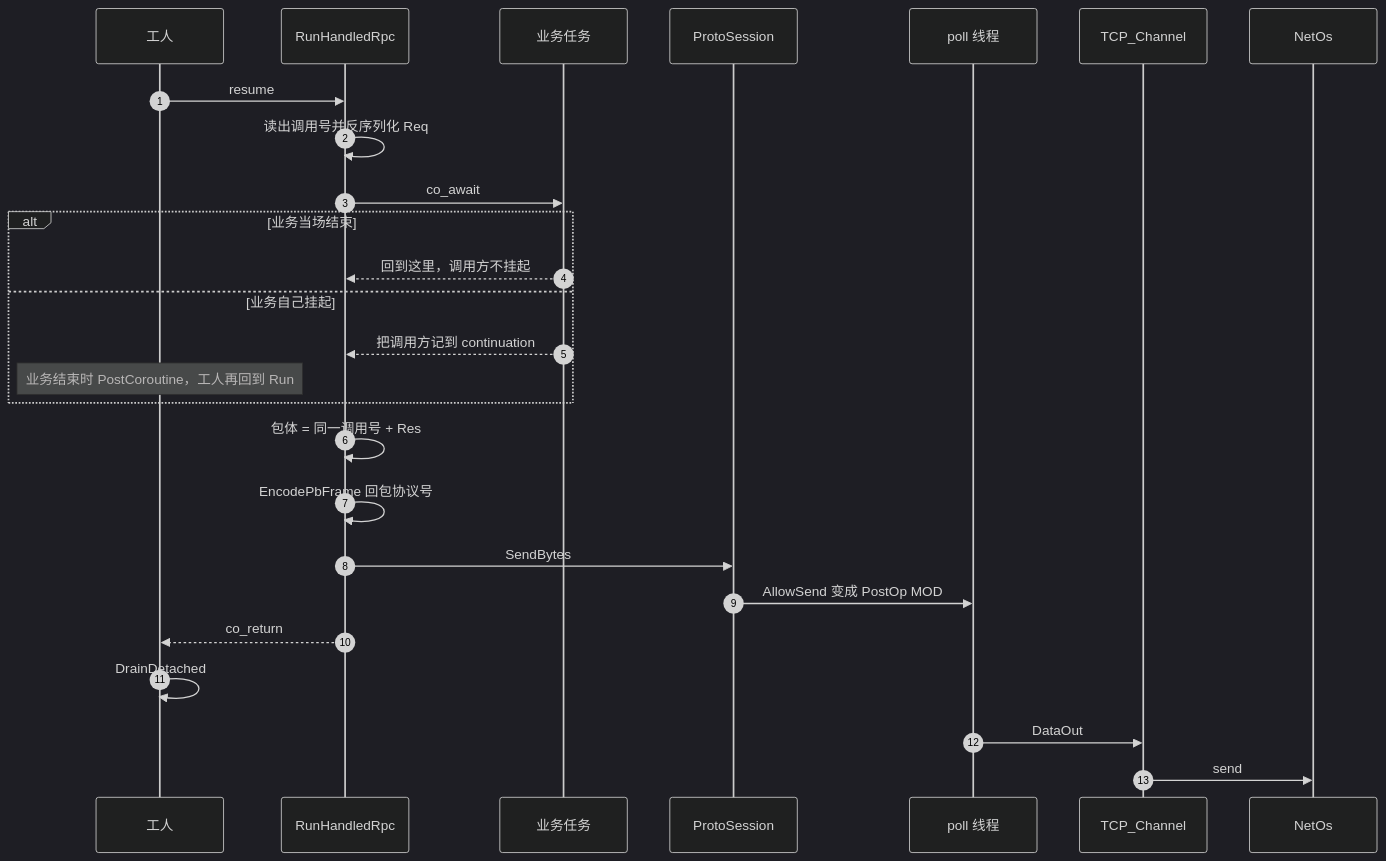
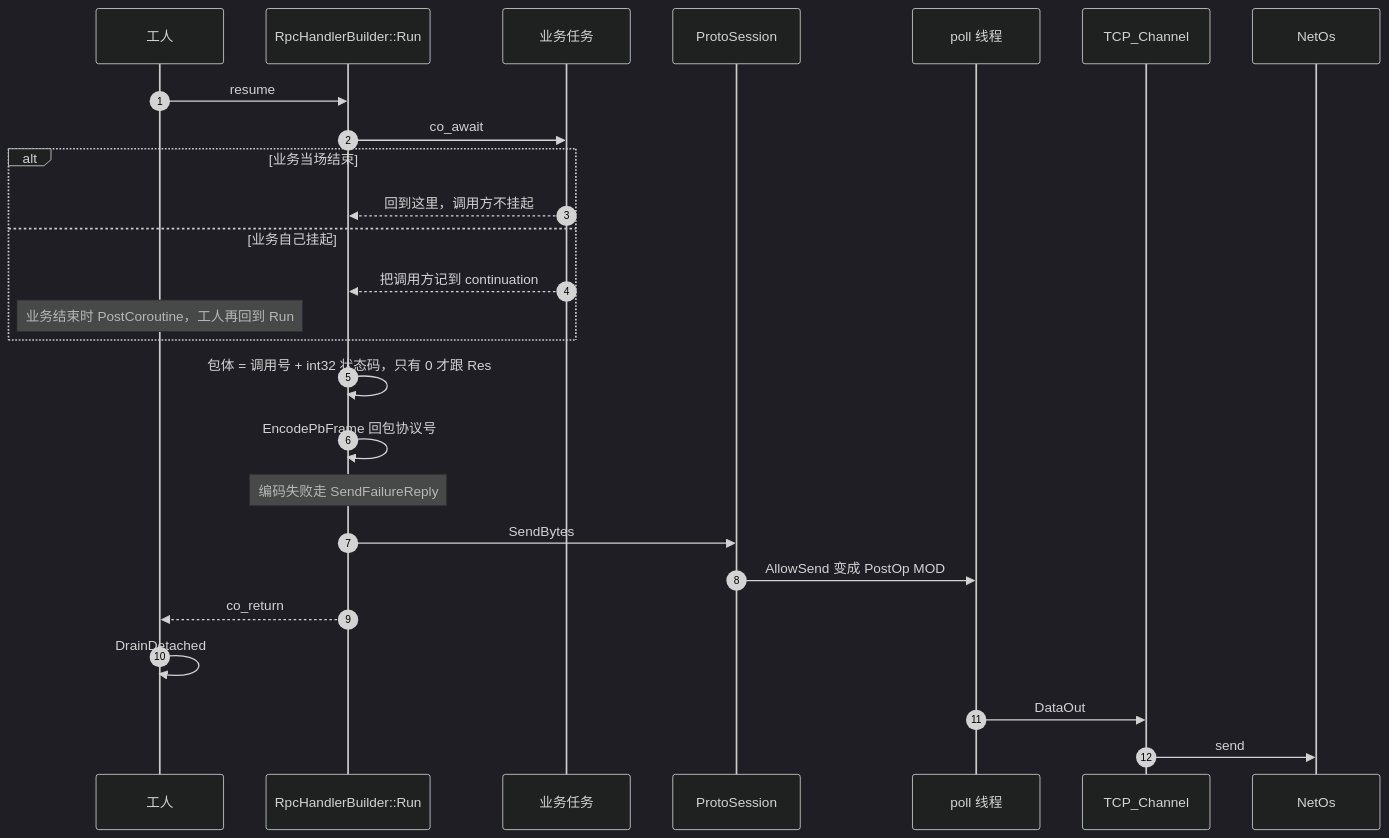
Before and after one commit to orikiaru/openidea: the diagram in docs/sequence-diagram/multi-thread/reply.md, drawn with Mermaid (dark theme). The commit also changed 25 other files, not shown here.

````diff
--- a/docs/sequence-diagram/multi-thread/reply.md
+++ b/docs/sequence-diagram/multi-thread/reply.md
@@ -7,29 +7,29 @@
 ```mermaid
 sequenceDiagram
     autonumber
     participant Worker as 工人
-    participant Run as RunHandledRpc
+    participant Run as RpcHandlerBuilder::Run
     participant Biz as 业务任务
     participant Sess as ProtoSession
     participant Poll as poll 线程
     participant Tcp as TCP_Channel
     participant Os as NetOs
 
     Worker->>Run: resume
-    Run->>Run: 读出调用号并反序列化 Req
     Run->>Biz: co_await
     alt 业务当场结束
         Biz-->>Run: 回到这里，调用方不挂起
     else 业务自己挂起
         Biz-->>Run: 把调用方记到 continuation
         Note over Worker: 业务结束时 PostCoroutine，工人再回到 Run
     end
-    Run->>Run: 包体 = 同一调用号 + Res
+    Run->>Run: 包体 = 调用号 + int32 状态码，只有 0 才跟 Res
     Run->>Run: EncodePbFrame 回包协议号
+    Note over Run: 编码失败走 SendFailureReply
     Run->>Sess: SendBytes
     Sess->>Poll: AllowSend 变成 PostOp MOD
     Run-->>Worker: co_return
     Worker->>Worker: DrainDetached
     Poll->>Tcp: DataOut
     Tcp->>Os: send
 ```
````
